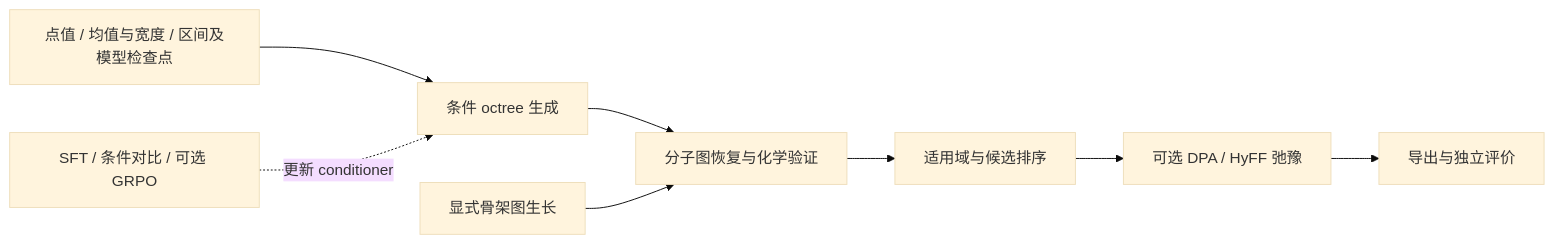
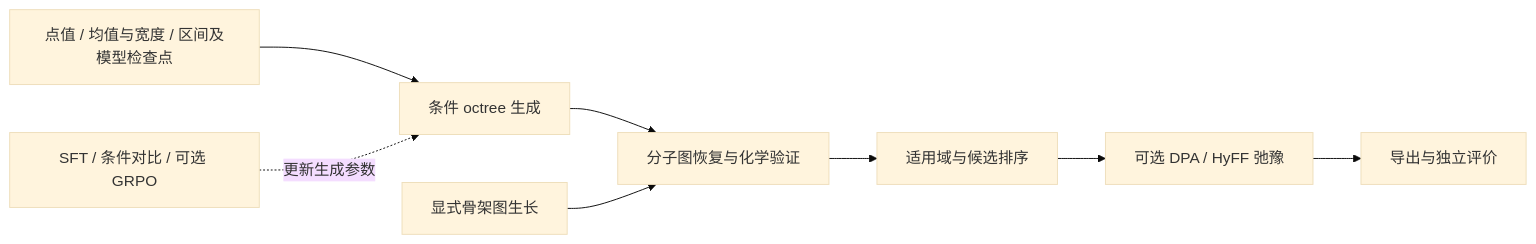
The diagram in docs/architecture.md (ShangChien/orbit3d), drawn with Mermaid (base theme) before and after one commit. The commit also changed other lines of this file and 1 other file, not shown here.

````diff
--- a/docs/architecture.md
+++ b/docs/architecture.md
@@ -7,10 +7,10 @@
 ```mermaid
 flowchart LR
     A[点值 / 均值与宽度 / 区间及模型检查点] --> B[条件 octree 生成]
     B --> C[分子图恢复与化学验证]
     C --> D[适用域与候选排序]
     D --> E[可选 DPA / HyFF 弛豫]
     E --> F[导出与独立评价]
-    G[SFT / 条件对比 / 可选 GRPO] -.更新 conditioner.-> B
+    G[SFT / 条件对比 / 可选 GRPO] -.更新生成参数.-> B
     H[显式骨架图生长] --> C
 ```
````
